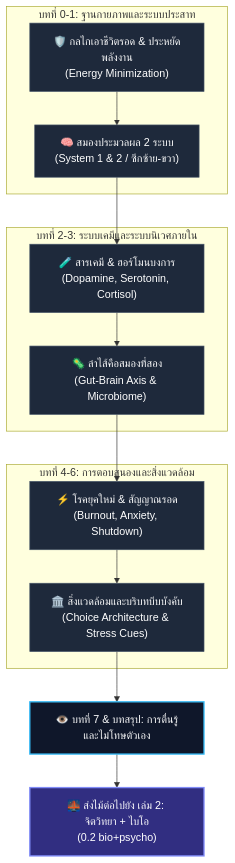
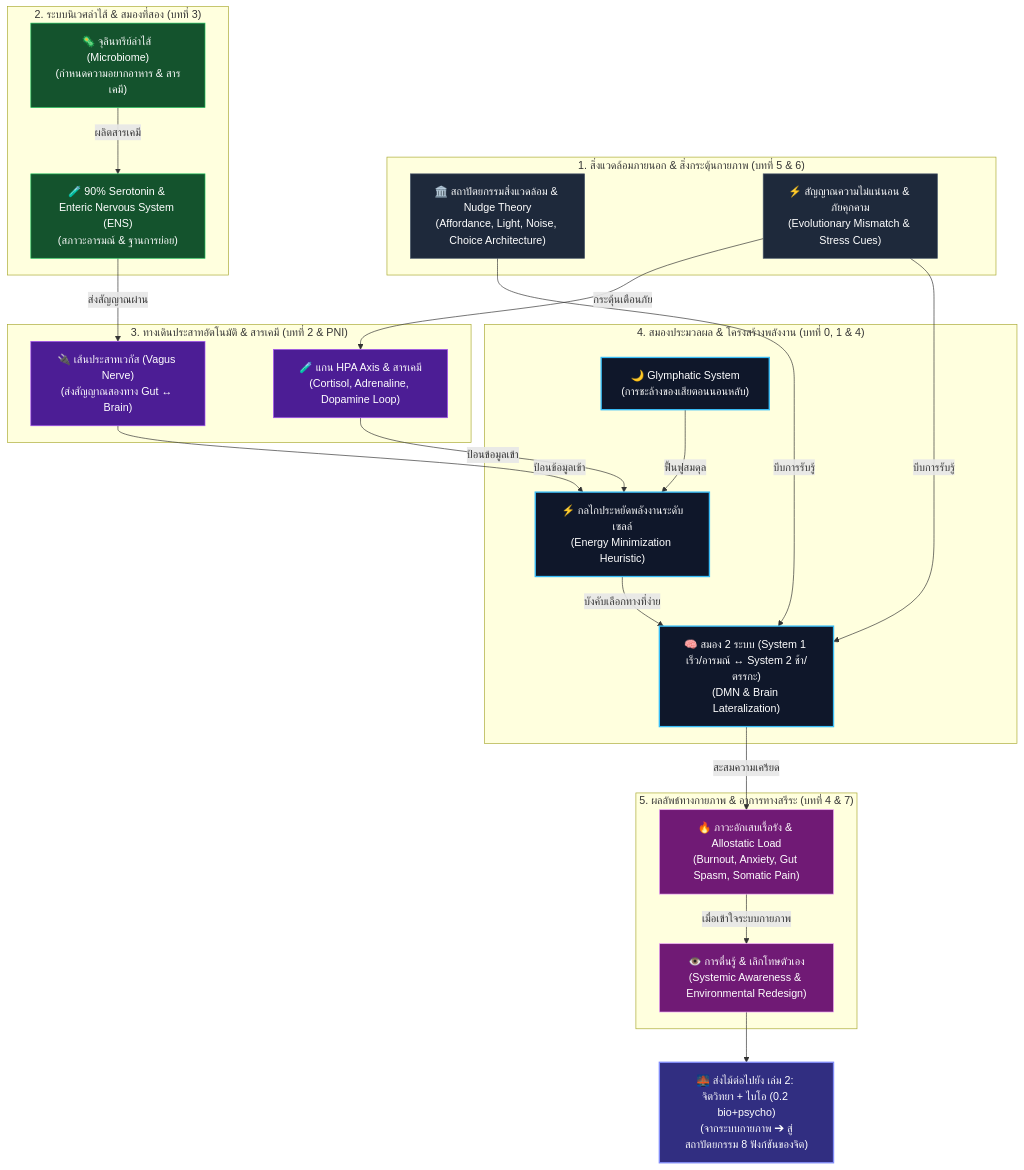
Before and after one commit to ellipszist/unityequilibriumtheory: the diagram in uet_history/3_publish/books/biology_psychology_economics/01_biology/book_blueprint.md, drawn with Mermaid. The commit also changed other lines of this file and 74 other files, not shown here.

````diff
--- a/uet_history/3_publish/books/biology_psychology_economics/01_biology/book_blueprint.md
+++ b/uet_history/3_publish/books/biology_psychology_economics/01_biology/book_blueprint.md
@@ -15,36 +17,57 @@
 ```mermaid
 graph TD
-    subgraph Foundation ["บทที่ 0-1: ฐานกายภาพและระบบประสาท"]
-        Survival["🛡️ กลไกเอาชีวิตรอด & ประหยัดพลังงาน<br/>(Energy Minimization)"]
-        DualBrain["🧠 สมองประมวลผล 2 ระบบ<br/>(System 1 & 2 / ซีกซ้าย-ขวา)"]
+    subgraph EnvLayer ["1. สิ่งแวดล้อมภายนอก & สิ่งกระตุ้นกายภาพ (บทที่ 5 & 6)"]
+        EnvNudge["🏛️ สถาปัตยกรรมสิ่งแวดล้อม & Nudge Theory<br/>(Affordance, Light, Noise, Choice Architecture)"]
+        ThreatCues["⚡ สัญญาณความไม่แน่นอน & ภัยคุกคาม<br/>(Evolutionary Mismatch & Stress Cues)"]
     end
 
-    subgraph Internal ["บทที่ 2-3: ระบบเคมีและระบบนิเวศภายใน"]
-        ChemLoop["🧪 สารเคมี & ฮอร์โมนบงการ<br/>(Dopamine, Serotonin, Cortisol)"]
-        GutAxis["🦠 ลำไส้คือสมองที่สอง<br/>(Gut-Brain Axis & Microbiome)"]
+    subgraph GutLayer ["2. ระบบนิเวศลำไส้ & สมองที่สอง (บทที่ 3)"]
+        Microbiome["🦠 จุลินทรีย์ลำไส้ (Microbiome)<br/>(กำหนดความอยากอาหาร & สารเคมี)"]
+        GutSerotonin["🧪 90% Serotonin & Enteric Nervous System (ENS)<br/>(สภาวะอารมณ์ & ฐานการย่อย)"]
     end
 
-    subgraph Response ["บทที่ 4-6: การตอบสนองและสิ่งแวดล้อม"]
-        Symptom["⚡ โรคยุคใหม่ & สัญญาณรอด<br/>(Burnout, Anxiety, Shutdown)"]
-        EnvNudge["🏛️ สิ่งแวดล้อมและบริบทบีบบังคับ<br/>(Choice Architecture & Stress Cues)"]
+    subgraph PeripheralNerves ["3. ทางเดินประสาทอัตโนมัติ & สารเคมี (บทที่ 2 & PNI)"]
+        VagusNerve["🔌 เส้นประสาทเวกัส (Vagus Nerve)<br/>(ส่งสัญญาณสองทาง Gut ↔ Brain)"]
+        HPAAxis["🧪 แกน HPA Axis & สารเคมี<br/>(Cortisol, Adrenaline, Dopamine Loop)"]
     end
 
-    Synthesis["👁️ บทที่ 7 & บทสรุป: การตื่นรู้และไม่โทษตัวเอง"]
-    Bridge2["🌉 ส่งไม้ต่อไปยัง เล่ม 2: จิตวิทยา + ไบโอ<br/>(0.2 bio+psycho)"]
+    subgraph BrainCore ["4. สมองประมวลผล & โครงสร้างพลังงาน (บทที่ 0, 1 & 4)"]
+        EnergyMin["⚡ กลไกประหยัดพลังงานระดับเซลล์<br/>(Energy Minimization Heuristic)"]
+        System1_2["🧠 สมอง 2 ระบบ (System 1 เร็ว/อารมณ์ ↔ System 2 ช้า/ตรรกะ)<br/>(DMN & Brain Lateralization)"]
+        Glymphatic["🌙 Glymphatic System<br/>(การชะล้างของเสียตอนนอนหลับ)"]
+    end
 
-    Survival --> DualBrain
-    DualBrain --> ChemLoop
-    ChemLoop --> GutAxis
-    GutAxis --> Symptom
-    Symptom --> EnvNudge
-    EnvNudge --> Synthesis
-    Synthesis --> Bridge2
+    subgraph SomaticOutcome ["5. ผลลัพธ์ทางกายภาพ & อาการทางสรีระ (บทที่ 4 & 7)"]
+        AllostaticLoad["🔥 ภาวะอักเสบเรื้อรัง & Allostatic Load<br/>(Burnout, Anxiety, Gut Spasm, Somatic Pain)"]
+        SelfCompassion["👁️ การตื่นรู้ & เลิกโทษตัวเอง<br/>(Systemic Awareness & Environmental Redesign)"]
+    end
 
-    classDef base fill:#1e293b,stroke:#475569,color:#fff;
-    classDef main fill:#0f172a,stroke:#38bdf8,stroke-width:2px,color:#fff;
+    ToBook2["🌉 ส่งไม้ต่อไปยัง เล่ม 2: จิตวิทยา + ไบโอ (0.2 bio+psycho)<br/>(จากระบบกายภาพ ➔ สู่สถาปัตยกรรม 8 ฟังก์ชันของจิต)"]
+
+    %% Flow connections
+    EnvNudge & ThreatCues -->|บีบการรับรู้| System1_2
+    Microbiome -->|ผลิตสารเคมี| GutSerotonin
+    GutSerotonin -->|ส่งสัญญาณผ่าน| VagusNerve
+    ThreatCues -->|กระตุ้นเตือนภัย| HPAAxis
+    VagusNerve & HPAAxis -->|ป้อนข้อมูลเข้า| EnergyMin
+    EnergyMin -->|บังคับเลือกทางที่ง่าย| System1_2
+    System1_2 -->|สะสมความเครียด| AllostaticLoad
+    Glymphatic -->|ฟื้นฟูสมดุล| EnergyMin
+    AllostaticLoad -->|เมื่อเข้าใจระบบกายภาพ| SelfCompassion
+    SelfCompassion --> ToBook2
+
+    %% Styles
+    classDef env fill:#1e293b,stroke:#475569,color:#fff;
+    classDef gut fill:#14532d,stroke:#22c55e,color:#fff;
+    classDef nerve fill:#4c1d95,stroke:#a855f7,color:#fff;
+    classDef brain fill:#0f172a,stroke:#38bdf8,stroke-width:2px,color:#fff;
+    classDef outcome fill:#701a75,stroke:#f0abfc,color:#fff;
     classDef bridge fill:#312e81,stroke:#818cf8,stroke-width:2px,color:#fff;
 
-    class Survival,DualBrain,ChemLoop,GutAxis,Symptom,EnvNudge base;
-    class Synthesis main;
-    class Bridge2 bridge;
+    class EnvNudge,ThreatCues env;
+    class Microbiome,GutSerotonin gut;
+    class VagusNerve,HPAAxis nerve;
+    class EnergyMin,System1_2,Glymphatic brain;
+    class AllostaticLoad,SelfCompassion outcome;
+    class ToBook2 bridge;
 ```
````
